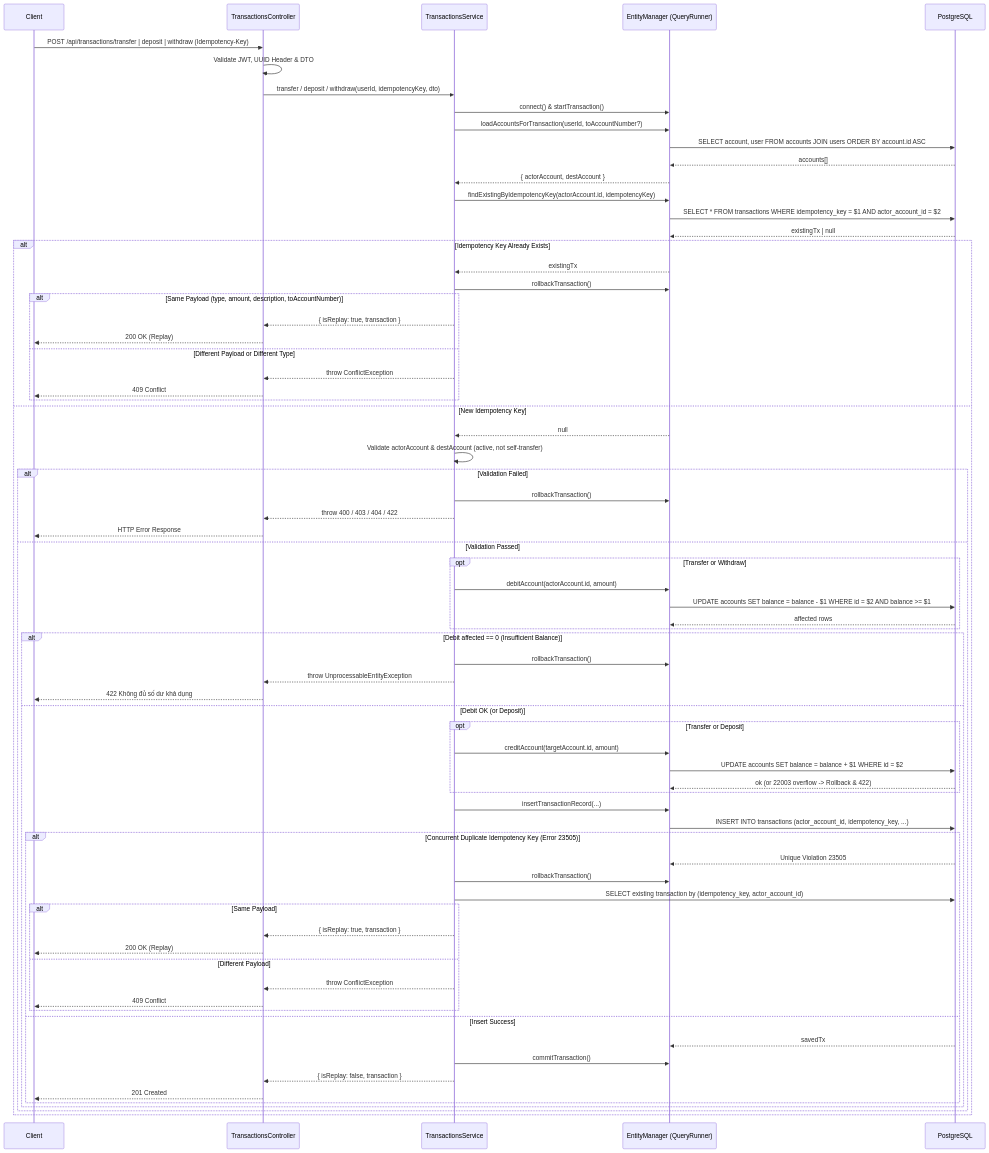
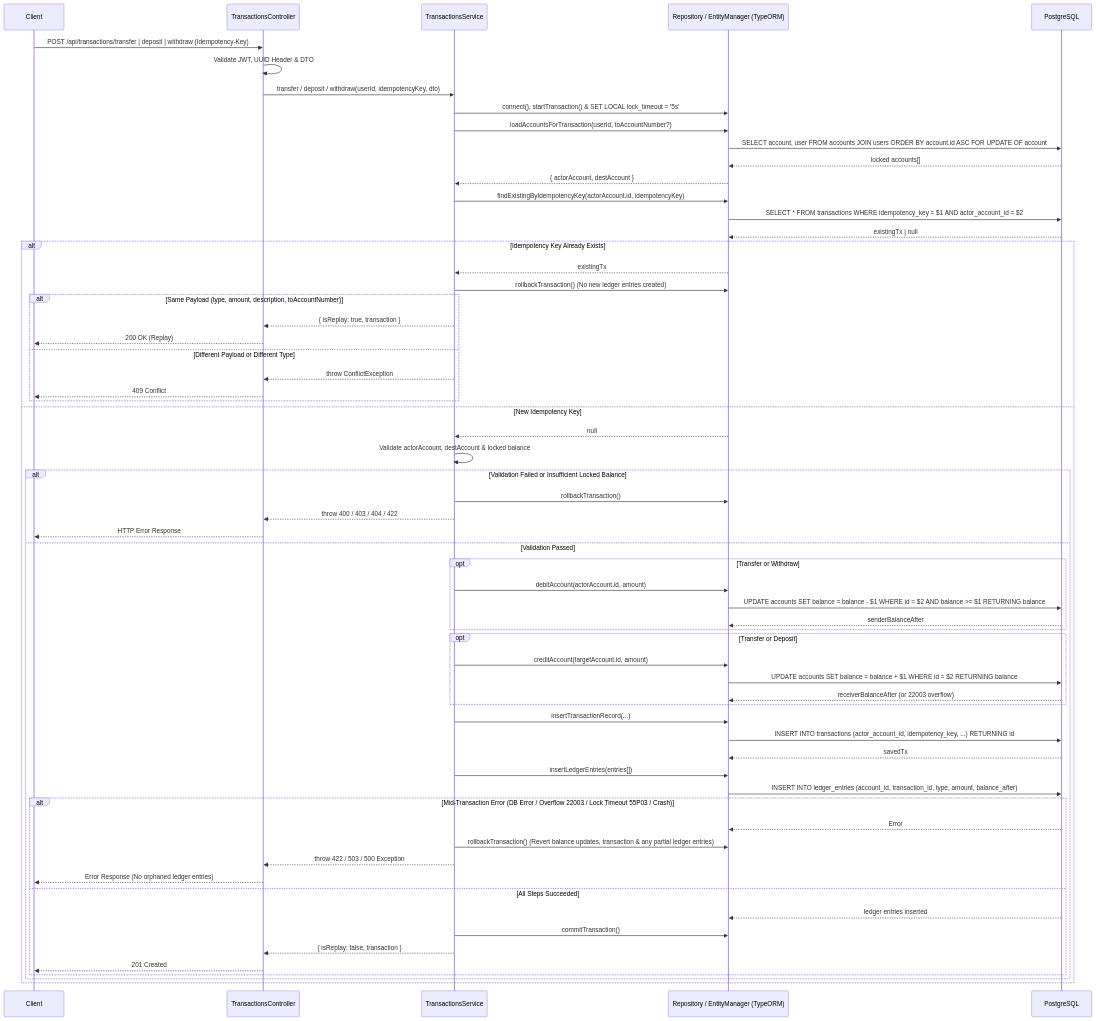
One commit to megapig5000/Banking-app changed the second of 2 diagrams in docs/sequence_diagrams.md. Above: the diagram before and after it, drawn with Mermaid. The commit also changed other lines of this file and 2 other files, not shown here.

Commit message:
docs: add double-entry ledger documentation, adr-010 and updated sequence diagram

```diff
--- a/docs/sequence_diagrams.md
+++ b/docs/sequence_diagrams.md
@@ -50,18 +52,18 @@
     participant Client
     participant Controller as TransactionsController
     participant Service as TransactionsService
-    participant Manager as EntityManager (QueryRunner)
+    participant Manager as Repository / EntityManager (TypeORM)
     participant DB as PostgreSQL
 
     Client->>Controller: POST /api/transactions/transfer | deposit | withdraw (Idempotency-Key)
     Controller->>Controller: Validate JWT, UUID Header & DTO
     Controller->>Service: transfer / deposit / withdraw(userId, idempotencyKey, dto)
 
-    Service->>Manager: connect() & startTransaction()
+    Service->>Manager: connect(), startTransaction() & SET LOCAL lock_timeout = '5s'
 
     Service->>Manager: loadAccountsForTransaction(userId, toAccountNumber?)
-    Manager->>DB: SELECT account, user FROM accounts JOIN users ORDER BY account.id ASC
-    DB-->>Manager: accounts[]
+    Manager->>DB: SELECT account, user FROM accounts JOIN users ORDER BY account.id ASC FOR UPDATE OF account
+    DB-->>Manager: locked accounts[]
     Manager-->>Service: { actorAccount, destAccount }
 
     Service->>Manager: findExistingByIdempotencyKey(actorAccount.id, idempotencyKey)
@@ -70,7 +72,7 @@
 
     alt Idempotency Key Already Exists
         Manager-->>Service: existingTx
-        Service->>Manager: rollbackTransaction()
+        Service->>Manager: rollbackTransaction() (No new ledger entries created)
         alt Same Payload (type, amount, description, toAccountNumber)
             Service-->>Controller: { isReplay: true, transaction }
             Controller-->>Client: 200 OK (Replay)
@@ -80,50 +82,42 @@
         end
     else New Idempotency Key
         Manager-->>Service: null
-        Service->>Service: Validate actorAccount & destAccount (active, not self-transfer)
+        Service->>Service: Validate actorAccount, destAccount & locked balance
 
-        alt Validation Failed
+        alt Validation Failed or Insufficient Locked Balance
             Service->>Manager: rollbackTransaction()
             Service-->>Controller: throw 400 / 403 / 404 / 422
             Controller-->>Client: HTTP Error Response
         else Validation Passed
             opt Transfer or Withdraw
                 Service->>Manager: debitAccount(actorAccount.id, amount)
-                Manager->>DB: UPDATE accounts SET balance = balance - $1 WHERE id = $2 AND balance >= $1
-                DB-->>Manager: affected rows
+                Manager->>DB: UPDATE accounts SET balance = balance - $1 WHERE id = $2 AND balance >= $1 RETURNING balance
+                DB-->>Manager: senderBalanceAfter
             end
 
-            alt Debit affected == 0 (Insufficient Balance)
-                Service->>Manager: rollbackTransaction()
-                Service-->>Controller: throw UnprocessableEntityException
-                Controller-->>Client: 422 Không đủ số dư khả dụng
-            else Debit OK (or Deposit)
-                opt Transfer or Deposit
-                    Service->>Manager: creditAccount(targetAccount.id, amount)
-                    Manager->>DB: UPDATE accounts SET balance = balance + $1 WHERE id = $2
-                    DB-->>Manager: ok (or 22003 overflow -> Rollback & 422)
-                end
+            opt Transfer or Deposit
+                Service->>Manager: creditAccount(targetAccount.id, amount)
+                Manager->>DB: UPDATE accounts SET balance = balance + $1 WHERE id = $2 RETURNING balance
+                DB-->>Manager: receiverBalanceAfter (or 22003 overflow)
+            end
 
-                Service->>Manager: insertTransactionRecord(...)
-                Manager->>DB: INSERT INTO transactions (actor_account_id, idempotency_key, ...)
+            Service->>Manager: insertTransactionRecord(...)
+            Manager->>DB: INSERT INTO transactions (actor_account_id, idempotency_key, ...) RETURNING id
+            DB-->>Manager: savedTx
 
-                alt Concurrent Duplicate Idempotency Key (Error 23505)
-                    DB-->>Manager: Unique Violation 23505
-                    Service->>Manager: rollbackTransaction()
-                    Service->>DB: SELECT existing transaction by (idempotency_key, actor_account_id)
-                    alt Same Payload
-                        Service-->>Controller: { isReplay: true, transaction }
-                        Controller-->>Client: 200 OK (Replay)
-                    else Different Payload
-                        Service-->>Controller: throw ConflictException
-                        Controller-->>Client: 409 Conflict
-                    end
-                else Insert Success
-                    DB-->>Manager: savedTx
-                    Service->>Manager: commitTransaction()
-                    Service-->>Controller: { isReplay: false, transaction }
-                    Controller-->>Client: 201 Created
-                end
+            Service->>Manager: insertLedgerEntries(entries[])
+            Manager->>DB: INSERT INTO ledger_entries (account_id, transaction_id, type, amount, balance_after)
+
+            alt Mid-Transaction Error (DB Error / Overflow 22003 / Lock Timeout 55P03 / Crash)
+                DB-->>Manager: Error
+                Service->>Manager: rollbackTransaction() (Revert balance updates, transaction & any partial ledger entries)
+                Service-->>Controller: throw 422 / 503 / 500 Exception
+                Controller-->>Client: Error Response (No orphaned ledger entries)
+            else All Steps Succeeded
+                DB-->>Manager: ledger entries inserted
+                Service->>Manager: commitTransaction()
+                Service-->>Controller: { isReplay: false, transaction }
+                Controller-->>Client: 201 Created
             end
         end
     end
```
